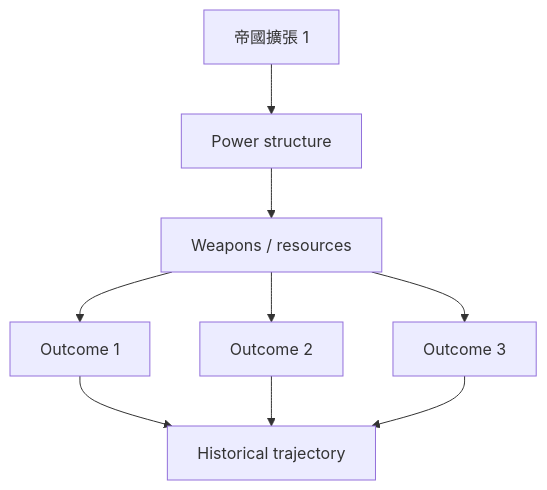
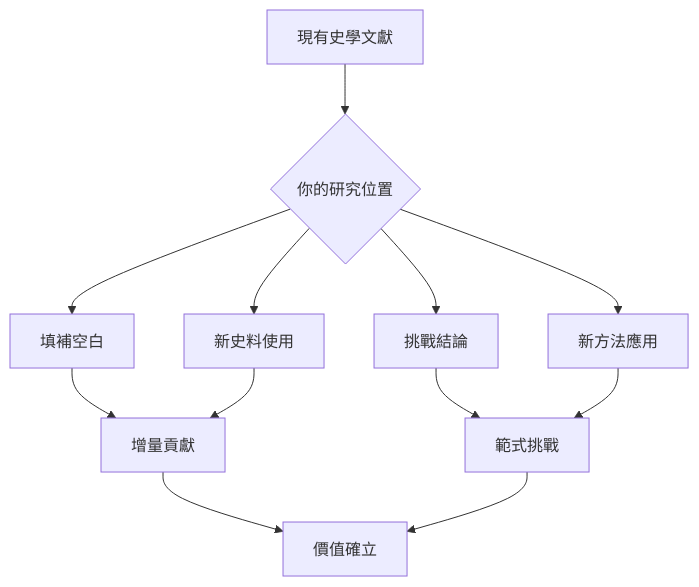
The fourth of 10 diagrams in 01_HKU_Courses/HIST4023_History_Research_Project.md (yip-lgtm/HKU-Harvard-History-Self-Study), drawn with Mermaid before and after one commit. The commit also changed other lines of this file and 65 other files, not shown here.

````diff
--- a/01_HKU_Courses/HIST4023_History_Research_Project.md
+++ b/01_HKU_Courses/HIST4023_History_Research_Project.md
@@ -224,11 +239,14 @@
 ```mermaid
-graph TD
-    A[帝國擴張 1] --> B[Power structure]
-    B --> C[Weapons / resources]
-    C --> D[Outcome 1]
-    C --> E[Outcome 2]
-    C --> F[Outcome 3]
-    D --> G[Historical trajectory]
+flowchart TD
+    A[現有史學文獻] --> B{你的研究位置}
+    B --> C[填補空白]
+    B --> D[挑戰結論]
+    B --> E[新史料使用]
+    B --> F[新方法應用]
+    C --> G[增量貢獻]
+    D --> H[範式挑戰]
     E --> G
-    F --> G
+    F --> H
+    G --> I[價值確立]
+    H --> I
 ```
````
